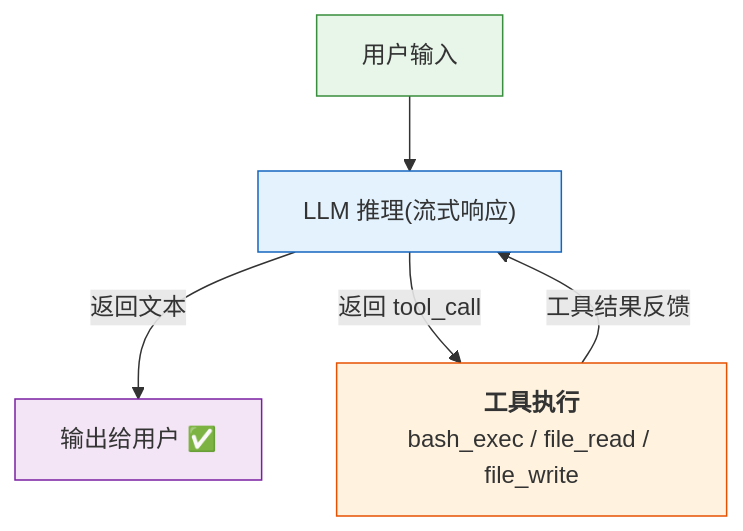
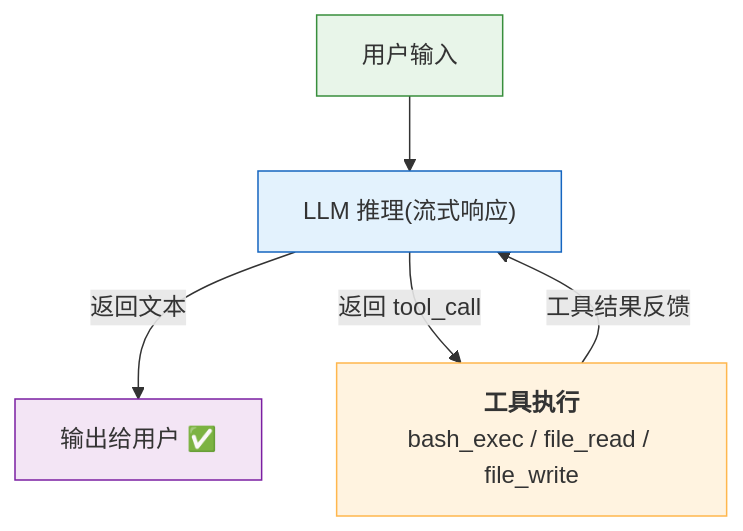
One commit to yeasy/harness_engineering_guide changed the first of 2 diagrams in lab/README.md. Above: the diagram before and after it, drawn with Mermaid. The commit also changed 10 other files, not shown here.

Commit message:
Fix saturated Mermaid stroke colors

````diff
--- a/lab/README.md
+++ b/lab/README.md
@@ -85,12 +85,12 @@
 ```mermaid
 flowchart TD
     A["用户输入"] --> B["LLM 推理(流式响应)"]
     B -->|"返回文本"| C["输出给用户 ✅"]
     B -->|"返回 tool_call"| D["<b>工具执行</b><br/>bash_exec / file_read / file_write"]
     D -->|"工具结果反馈"| B
 
     style A fill:#e8f5e9,stroke:#388e3c
     style B fill:#e3f2fd,stroke:#1565c0
     style C fill:#f3e5f5,stroke:#7b1fa2
-    style D fill:#fff3e0,stroke:#e65100
+    style D fill:#fff3e0,stroke:#ffb74d
 ```
````
